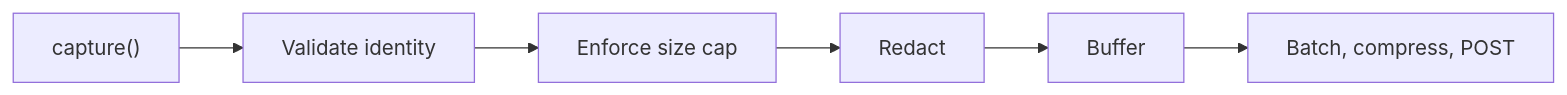
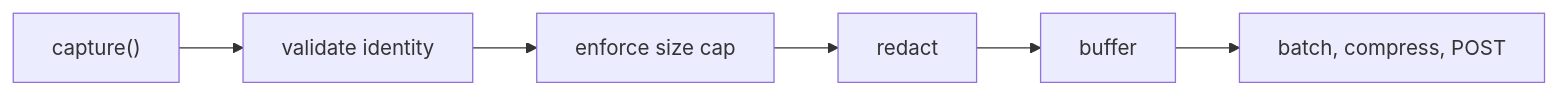
Before and after one commit to evpanda-labs/docs: the second of 2 diagrams in concepts/capture-model.mdx, drawn with Mermaid. The commit also changed other lines of this file and 10 other files, not shown here.

````diff
--- a/concepts/capture-model.mdx
+++ b/concepts/capture-model.mdx
@@ -88,8 +86,8 @@
 ```mermaid
 flowchart LR
-    A["capture()"] --> B["Validate identity"]
-    B --> C["Enforce size cap"]
-    C --> D["Redact"]
-    D --> E["Buffer"]
-    E --> F["Batch, compress, POST"]
+    A["capture()"] --> B["validate identity"]
+    B --> C["enforce size cap"]
+    C --> D["redact"]
+    D --> E["buffer"]
+    E --> F["batch, compress, POST"]
 ```
````
